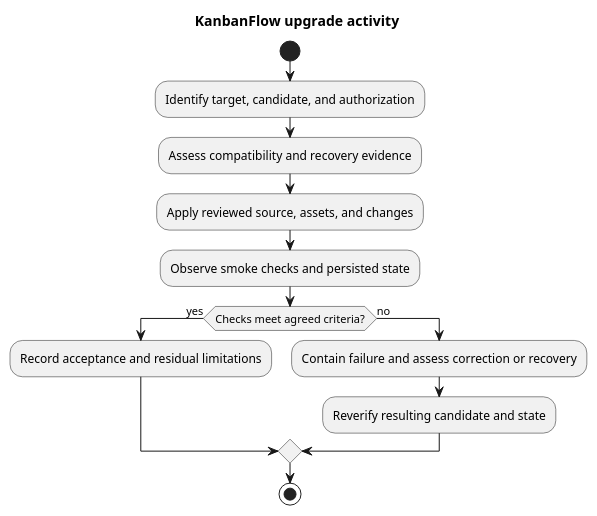
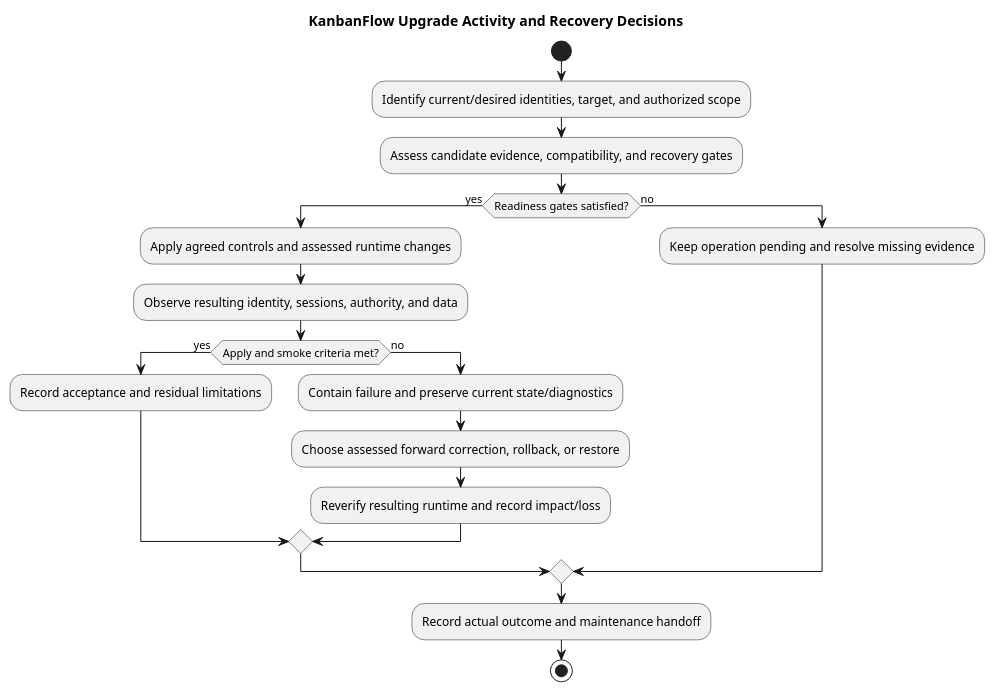
One commit to Farhad-Valizadegan/Web-KanbanFlow changed the diagram in docs/SDLC/07-deployment/upgrade-activity.md. Above: the diagram before and after it, drawn with PlantUML. The commit also changed other lines of this file and 2 other files, not shown here.

Commit message:
docs: complete upgrade activity gates and recovery paths

````diff
--- a/docs/SDLC/07-deployment/upgrade-activity.md
+++ b/docs/SDLC/07-deployment/upgrade-activity.md
@@ -33,17 +96,23 @@
 ```plantuml
 @startuml
-title KanbanFlow upgrade activity
+title KanbanFlow Upgrade Activity and Recovery Decisions
 start
-:Identify target, candidate, and authorization;
-:Assess compatibility and recovery evidence;
-:Apply reviewed source, assets, and changes;
-:Observe smoke checks and persisted state;
-if (Checks meet agreed criteria?) then (yes)
-:Record acceptance and residual limitations;
+:Identify current/desired identities, target, and authorized scope;
+:Assess candidate evidence, compatibility, and recovery gates;
+if (Readiness gates satisfied?) then (yes)
+ :Apply agreed controls and assessed runtime changes;
+ :Observe resulting identity, sessions, authority, and data;
+ if (Apply and smoke criteria met?) then (yes)
+  :Record acceptance and residual limitations;
+ else (no)
+  :Contain failure and preserve current state/diagnostics;
+  :Choose assessed forward correction, rollback, or restore;
+  :Reverify resulting runtime and record impact/loss;
+ endif
 else (no)
-:Contain failure and assess correction or recovery;
-:Reverify resulting candidate and state;
+ :Keep operation pending and resolve missing evidence;
 endif
+:Record actual outcome and maintenance handoff;
 stop
 @enduml
 ```
````
